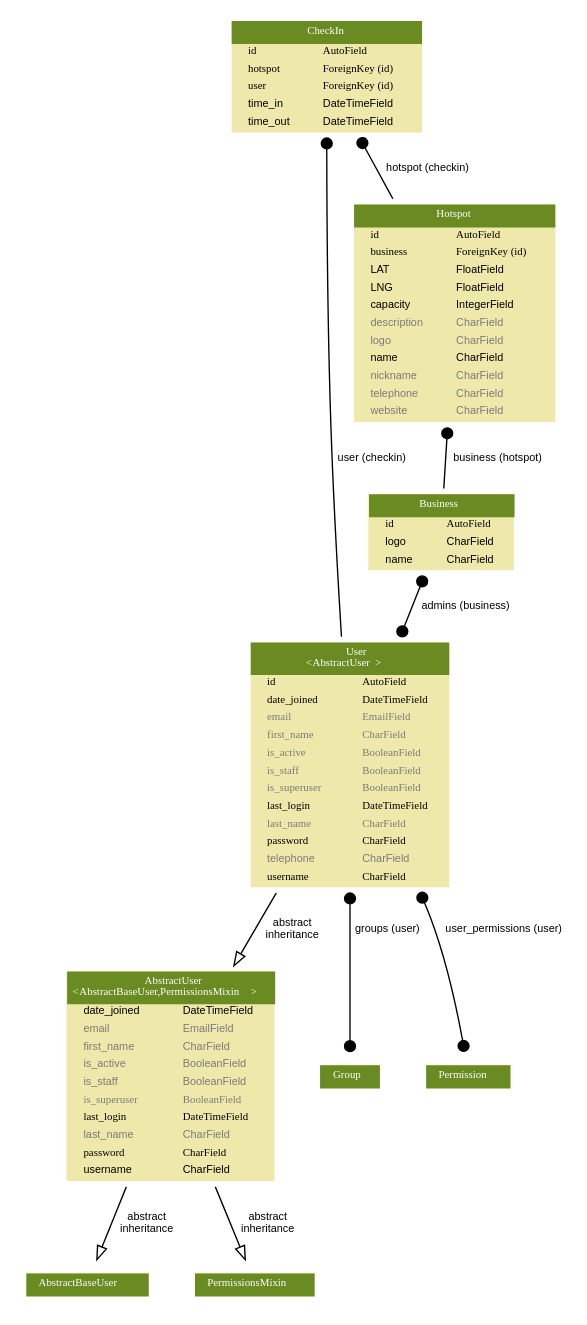
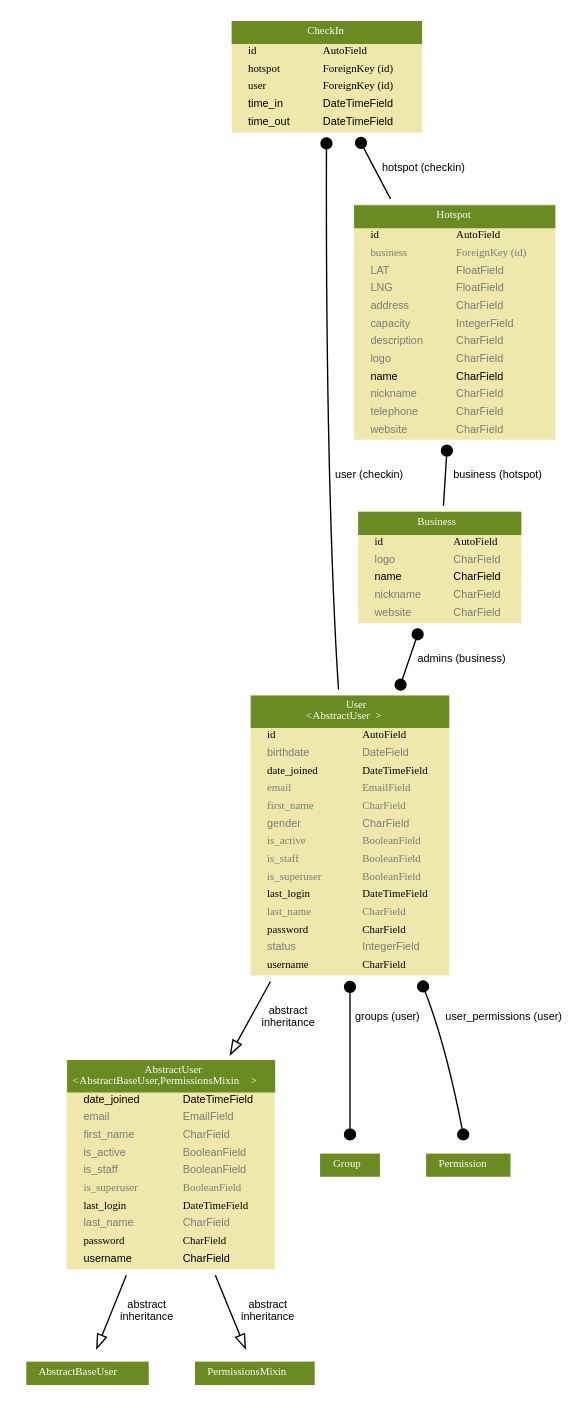
Before and after one commit to TheHotspot/hotspot: the diagram in hotspot/docs/hotspot.api.dot, drawn with Graphviz. The commit also changed 32 other files, not shown here.

```diff
--- a/hotspot/docs/hotspot.api.dot
+++ b/hotspot/docs/hotspot.api.dot
@@ -1,6 +1,6 @@
 digraph model_graph {
   # Dotfile by Django-Extensions graph_models
-  # Created: 2014-01-22 22:51
+  # Created: 2014-02-17 16:09
   # Cli Options: api
 
   fontname = "Helvetica"
@@ -105,6 +105,12 @@
     </TD></TR>
   
     <TR><TD ALIGN="LEFT" BORDER="0">
+    <FONT COLOR="#7B7B7B" FACE="Helvetica ">birthdate</FONT>
+    </TD><TD ALIGN="LEFT">
+    <FONT COLOR="#7B7B7B" FACE="Helvetica ">DateField</FONT>
+    </TD></TR>
+  
+    <TR><TD ALIGN="LEFT" BORDER="0">
     <FONT FACE="Helvetica Italic">date_joined</FONT>
     </TD><TD ALIGN="LEFT">
     <FONT FACE="Helvetica Italic">DateTimeField</FONT>
@@ -120,6 +126,12 @@
     <FONT COLOR="#7B7B7B" FACE="Helvetica Italic">first_name</FONT>
     </TD><TD ALIGN="LEFT">
     <FONT COLOR="#7B7B7B" FACE="Helvetica Italic">CharField</FONT>
+    </TD></TR>
+  
+    <TR><TD ALIGN="LEFT" BORDER="0">
+    <FONT COLOR="#7B7B7B" FACE="Helvetica ">gender</FONT>
+    </TD><TD ALIGN="LEFT">
+    <FONT COLOR="#7B7B7B" FACE="Helvetica ">CharField</FONT>
     </TD></TR>
   
     <TR><TD ALIGN="LEFT" BORDER="0">
@@ -159,9 +171,9 @@
     </TD></TR>
   
     <TR><TD ALIGN="LEFT" BORDER="0">
-    <FONT COLOR="#7B7B7B" FACE="Helvetica ">telephone</FONT>
+    <FONT COLOR="#7B7B7B" FACE="Helvetica ">status</FONT>
     </TD><TD ALIGN="LEFT">
-    <FONT COLOR="#7B7B7B" FACE="Helvetica ">CharField</FONT>
+    <FONT COLOR="#7B7B7B" FACE="Helvetica ">IntegerField</FONT>
     </TD></TR>
   
     <TR><TD ALIGN="LEFT" BORDER="0">
@@ -187,15 +199,27 @@
     </TD></TR>
   
     <TR><TD ALIGN="LEFT" BORDER="0">
-    <FONT FACE="Helvetica ">logo</FONT>
+    <FONT COLOR="#7B7B7B" FACE="Helvetica ">logo</FONT>
     </TD><TD ALIGN="LEFT">
-    <FONT FACE="Helvetica ">CharField</FONT>
+    <FONT COLOR="#7B7B7B" FACE="Helvetica ">CharField</FONT>
     </TD></TR>
   
     <TR><TD ALIGN="LEFT" BORDER="0">
     <FONT FACE="Helvetica ">name</FONT>
     </TD><TD ALIGN="LEFT">
     <FONT FACE="Helvetica ">CharField</FONT>
+    </TD></TR>
+  
+    <TR><TD ALIGN="LEFT" BORDER="0">
+    <FONT COLOR="#7B7B7B" FACE="Helvetica ">nickname</FONT>
+    </TD><TD ALIGN="LEFT">
+    <FONT COLOR="#7B7B7B" FACE="Helvetica ">CharField</FONT>
+    </TD></TR>
+  
+    <TR><TD ALIGN="LEFT" BORDER="0">
+    <FONT COLOR="#7B7B7B" FACE="Helvetica ">website</FONT>
+    </TD><TD ALIGN="LEFT">
+    <FONT COLOR="#7B7B7B" FACE="Helvetica ">CharField</FONT>
     </TD></TR>
   
     </TABLE>
@@ -215,27 +239,33 @@
     </TD></TR>
   
     <TR><TD ALIGN="LEFT" BORDER="0">
-    <FONT FACE="Helvetica Bold">business</FONT>
+    <FONT COLOR="#7B7B7B" FACE="Helvetica Bold">business</FONT>
     </TD><TD ALIGN="LEFT">
-    <FONT FACE="Helvetica Bold">ForeignKey (id)</FONT>
+    <FONT COLOR="#7B7B7B" FACE="Helvetica Bold">ForeignKey (id)</FONT>
     </TD></TR>
   
     <TR><TD ALIGN="LEFT" BORDER="0">
-    <FONT FACE="Helvetica ">LAT</FONT>
+    <FONT COLOR="#7B7B7B" FACE="Helvetica ">LAT</FONT>
     </TD><TD ALIGN="LEFT">
-    <FONT FACE="Helvetica ">FloatField</FONT>
+    <FONT COLOR="#7B7B7B" FACE="Helvetica ">FloatField</FONT>
     </TD></TR>
   
     <TR><TD ALIGN="LEFT" BORDER="0">
-    <FONT FACE="Helvetica ">LNG</FONT>
+    <FONT COLOR="#7B7B7B" FACE="Helvetica ">LNG</FONT>
     </TD><TD ALIGN="LEFT">
-    <FONT FACE="Helvetica ">FloatField</FONT>
+    <FONT COLOR="#7B7B7B" FACE="Helvetica ">FloatField</FONT>
     </TD></TR>
   
     <TR><TD ALIGN="LEFT" BORDER="0">
-    <FONT FACE="Helvetica ">capacity</FONT>
+    <FONT COLOR="#7B7B7B" FACE="Helvetica ">address</FONT>
     </TD><TD ALIGN="LEFT">
-    <FONT FACE="Helvetica ">IntegerField</FONT>
+    <FONT COLOR="#7B7B7B" FACE="Helvetica ">CharField</FONT>
+    </TD></TR>
+  
+    <TR><TD ALIGN="LEFT" BORDER="0">
+    <FONT COLOR="#7B7B7B" FACE="Helvetica ">capacity</FONT>
+    </TD><TD ALIGN="LEFT">
+    <FONT COLOR="#7B7B7B" FACE="Helvetica ">IntegerField</FONT>
     </TD></TR>
   
     <TR><TD ALIGN="LEFT" BORDER="0">
```
